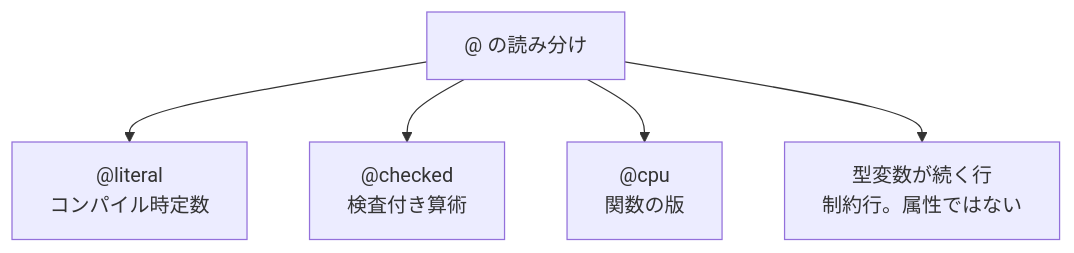
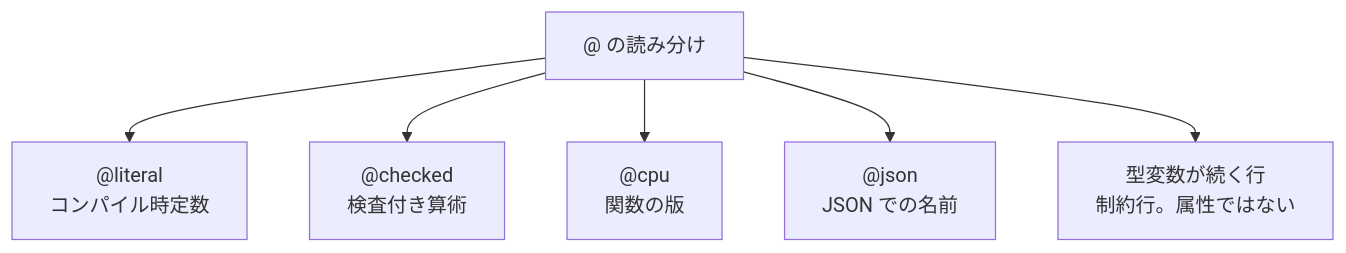
Before and after one commit to tatsuya-midorikawa/Tsuzuri: the diagram in _tsuzuri/language-reference/values-and-functions/attributes.md, drawn with Mermaid. The commit also changed other lines of this file and 28 other files, not shown here.

````diff
--- a/_tsuzuri/language-reference/values-and-functions/attributes.md
+++ b/_tsuzuri/language-reference/values-and-functions/attributes.md
@@ -17,8 +18,9 @@
 ```mermaid
 flowchart TD
     at["@ の読み分け"]
     at --> literal["@literal<br/>コンパイル時定数"]
     at --> checked["@checked<br/>検査付き算術"]
     at --> cpu["@cpu<br/>関数の版"]
+    at --> json["@json<br/>JSON での名前"]
     at --> row["型変数が続く行<br/>制約行。属性ではない"]
 ```
````
